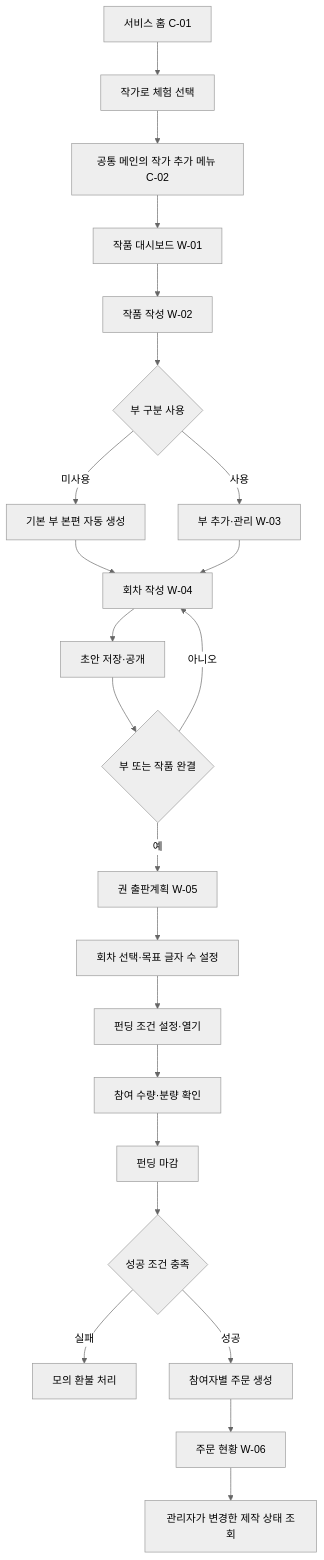
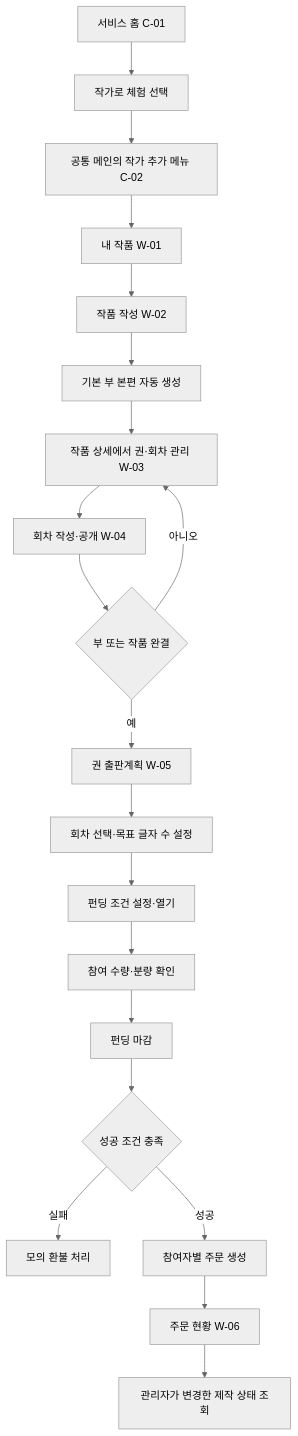
The second of 3 diagrams in docs/05_화면_정의서.md (021Skyfall/novelkeep), drawn with Mermaid (neutral theme) before and after one commit. The commit also changed other lines of this file and 61 other files, not shown here.

````diff
--- a/docs/05_화면_정의서.md
+++ b/docs/05_화면_정의서.md
@@ -378,25 +399,22 @@
 ```mermaid
 flowchart TD
     A["서비스 홈 C-01"] --> A1["작가로 체험 선택"]
     A1 --> A2["공통 메인의 작가 추가 메뉴 C-02"]
-    A2 --> B["작품 대시보드 W-01"]
+    A2 --> B["내 작품 W-01"]
     B --> C["작품 작성 W-02"]
-    C --> D{"부 구분 사용"}
-    D -->|미사용| E["기본 부 본편 자동 생성"]
-    D -->|사용| F["부 추가·관리 W-03"]
-    E --> G["회차 작성 W-04"]
-    F --> G
-    G --> H["초안 저장·공개"]
+    C --> E["기본 부 본편 자동 생성"]
+    E --> G["작품 상세에서 권·회차 관리 W-03"]
+    G --> H["회차 작성·공개 W-04"]
     H --> I{"부 또는 작품 완결"}
     I -->|아니오| G
     I -->|예| J["권 출판계획 W-05"]
     J --> K["회차 선택·목표 글자 수 설정"]
     K --> L["펀딩 조건 설정·열기"]
     L --> M["참여 수량·분량 확인"]
     M --> N["펀딩 마감"]
     N --> O{"성공 조건 충족"}
     O -->|실패| P["모의 환불 처리"]
     O -->|성공| Q["참여자별 주문 생성"]
     Q --> R["주문 현황 W-06"]
     R --> S["관리자가 변경한 제작 상태 조회"]
 ```
````
